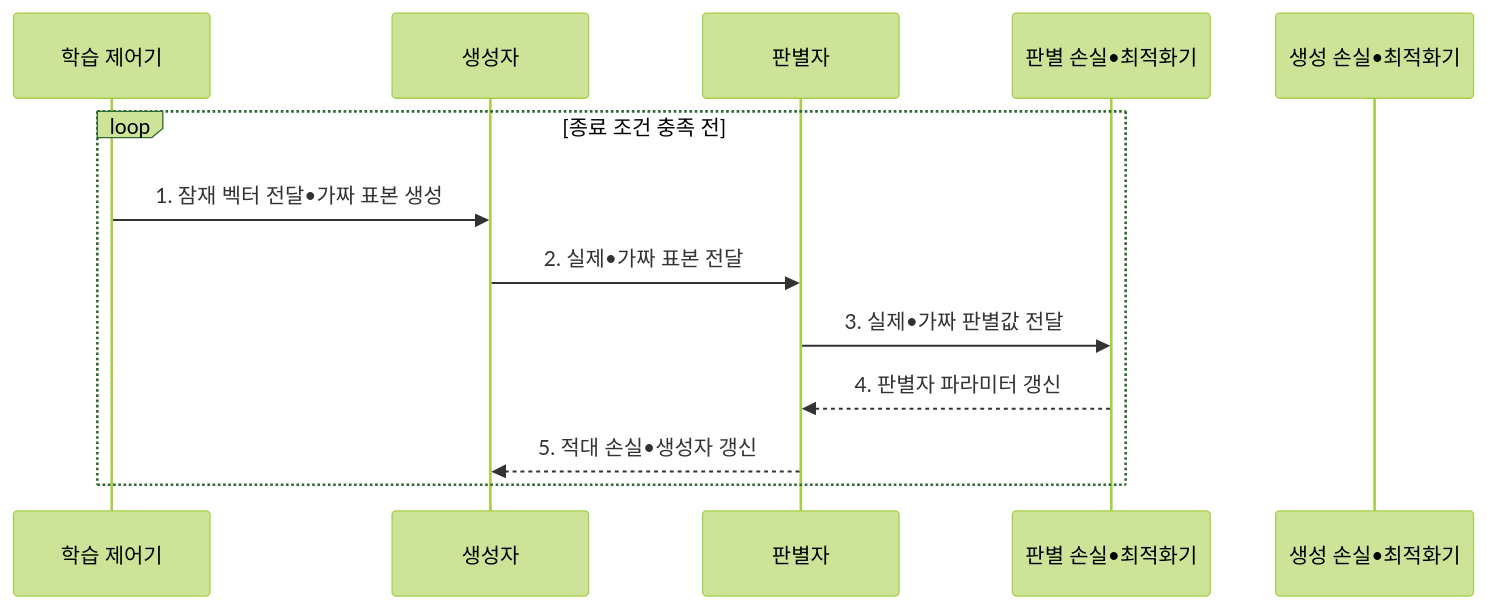
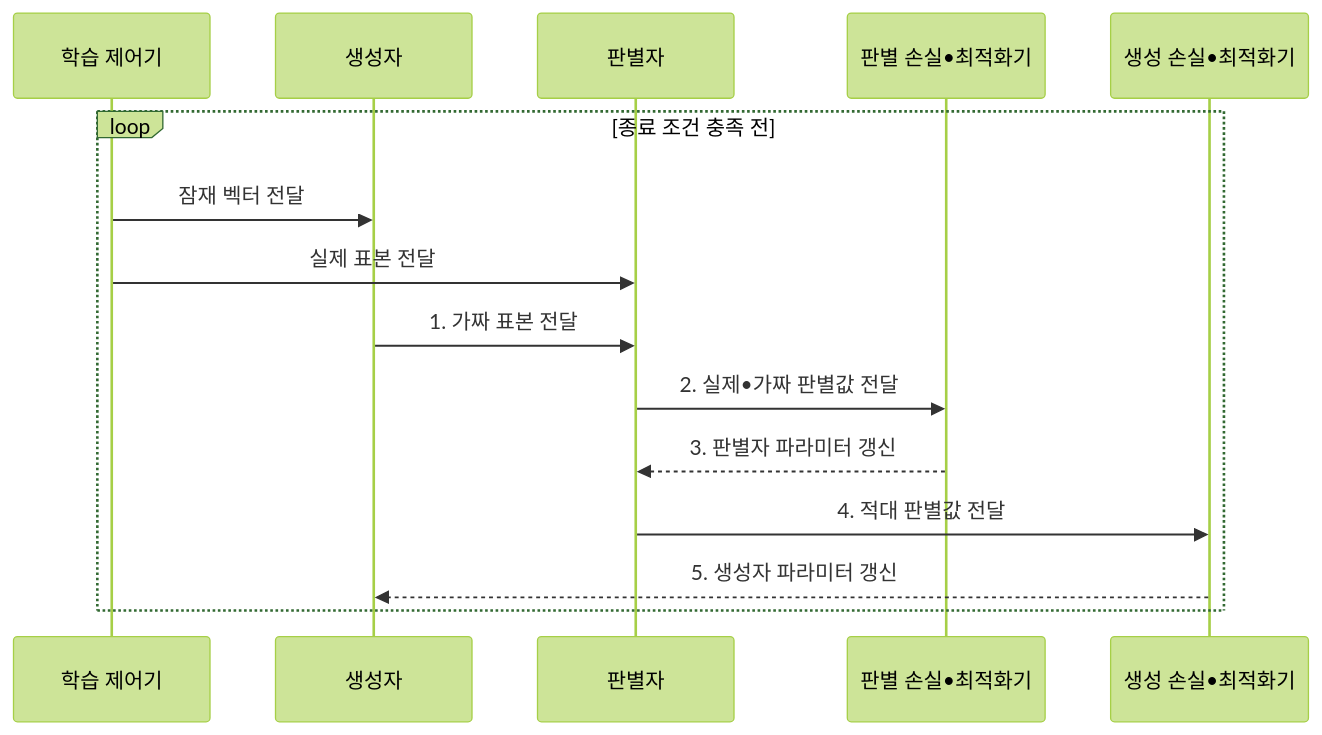
Before and after one commit to agnusdei1207/knowledge-base: the second of 2 diagrams in src/content/docs/notes/01-basic-theory/046_gan.md, drawn with Mermaid (forest theme). The commit also changed other lines of this file and 14 other files, not shown here.

````diff
--- a/src/content/docs/notes/01-basic-theory/046_gan.md
+++ b/src/content/docs/notes/01-basic-theory/046_gan.md
@@ -88,15 +85,17 @@
 ```mermaid
 sequenceDiagram
     participant T as 학습 제어기
     participant G as 생성자
     participant D as 판별자
     participant OD as 판별 손실•최적화기
     participant OG as 생성 손실•최적화기
     loop 종료 조건 충족 전
-        T->>G: 1. 잠재 벡터 전달•가짜 표본 생성
-        G->>D: 2. 실제•가짜 표본 전달
-        D->>OD: 3. 실제•가짜 판별값 전달
-        OD-->>D: 4. 판별자 파라미터 갱신
-        D-->>G: 5. 적대 손실•생성자 갱신
+        T->>G: 잠재 벡터 전달
+        T->>D: 실제 표본 전달
+        G->>D: 1. 가짜 표본 전달
+        D->>OD: 2. 실제•가짜 판별값 전달
+        OD-->>D: 3. 판별자 파라미터 갱신
+        D->>OG: 4. 적대 판별값 전달
+        OG-->>G: 5. 생성자 파라미터 갱신
     end
 ```
````
